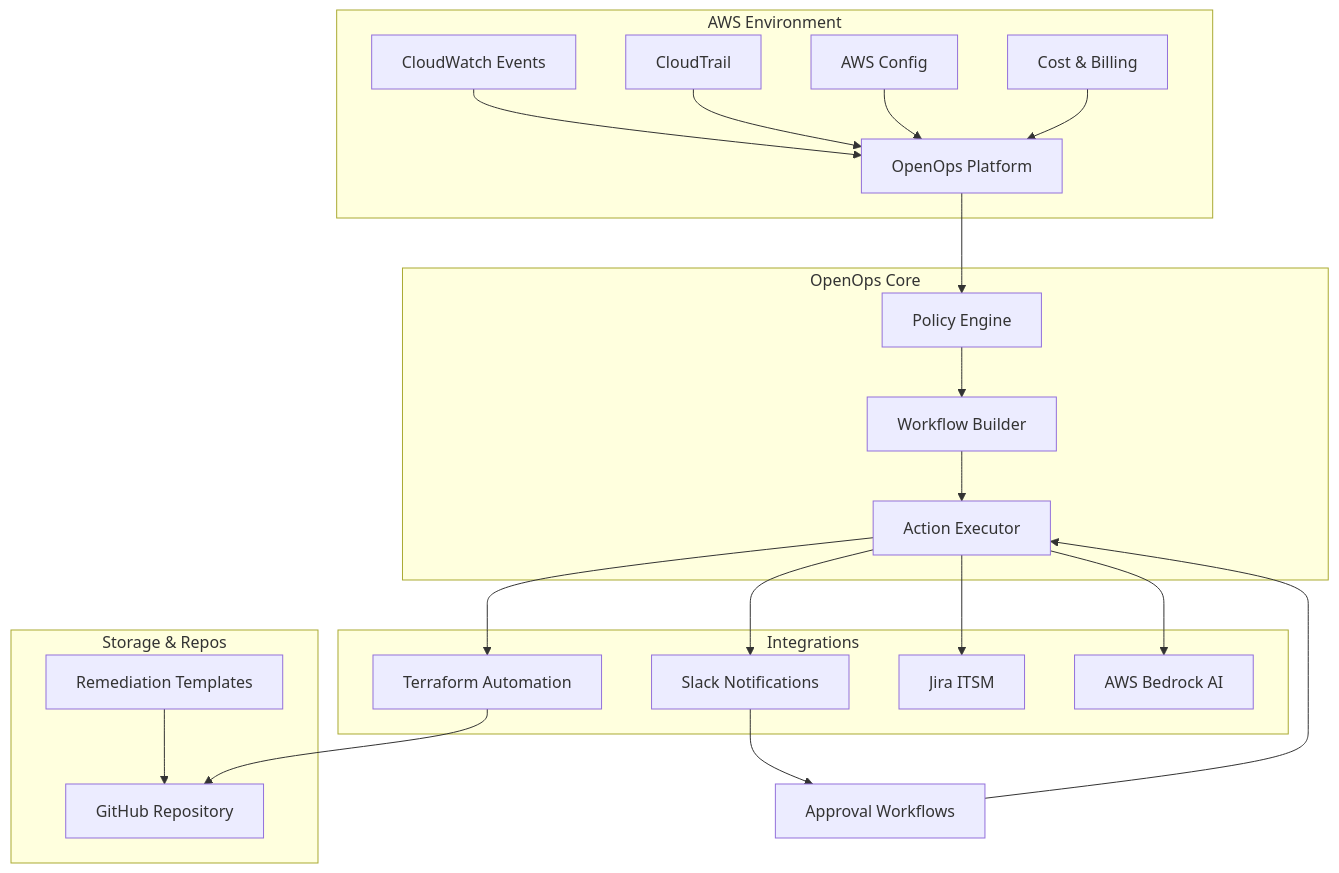
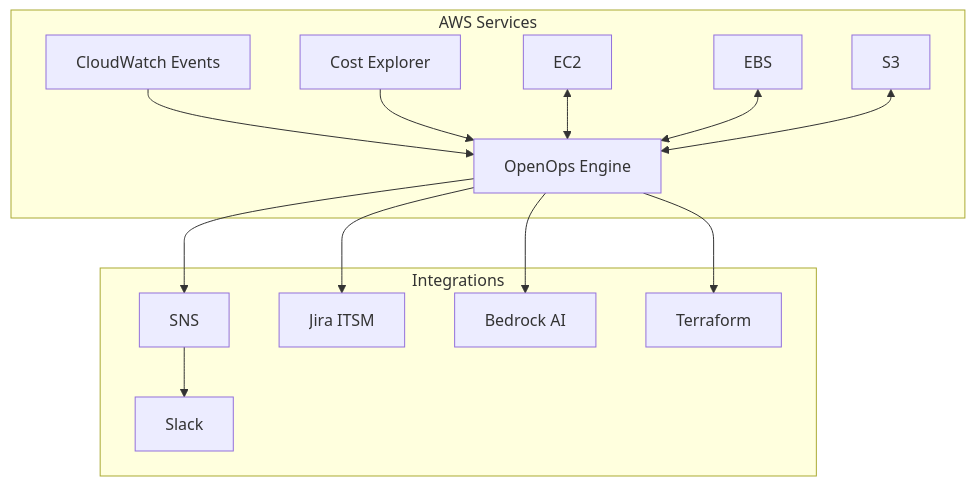
The diagram in finops/docs/architecture/openops-architecture.md (glenn-gray/cloudelligent-finops-practice), drawn with Mermaid before and after one commit. The commit also changed other lines of this file and 9 other files, not shown here.

````diff
--- a/finops/docs/architecture/openops-architecture.md
+++ b/finops/docs/architecture/openops-architecture.md
@@ -35,30 +7,17 @@
 ```mermaid
 graph TB
-    subgraph "AWS Environment"
-        A[CloudWatch Events] --> B[OpenOps Platform]
-        C[CloudTrail] --> B
-        D[AWS Config] --> B
-        E[Cost & Billing] --> B
-    end
-    
-    subgraph "OpenOps Core"
-        B --> F[Policy Engine]
-        F --> G[Workflow Builder]
-        G --> H[Action Executor]
+    subgraph "AWS Services"
+        CW[CloudWatch Events] --> OO[OpenOps Engine]
+        CE[Cost Explorer] --> OO
+        EC2[EC2] <--> OO
+        EBS[EBS] <--> OO
+        S3[S3] <--> OO
     end
     
     subgraph "Integrations"
-        H --> I[Terraform Automation]
-        H --> J[Slack Notifications]
-        H --> K[Jira ITSM]
-        H --> L[AWS Bedrock AI]
+        OO --> SNS[SNS] --> SLACK[Slack]
+        OO --> JIRA[Jira ITSM]
+        OO --> BR[Bedrock AI]
+        OO --> TF[Terraform]
     end
-    
-    subgraph "Storage & Repos"
-        I --> M[GitHub Repository]
-        N[Remediation Templates] --> M
-    end
-    
-    J --> O[Approval Workflows]
-    O --> H
 ```
````
